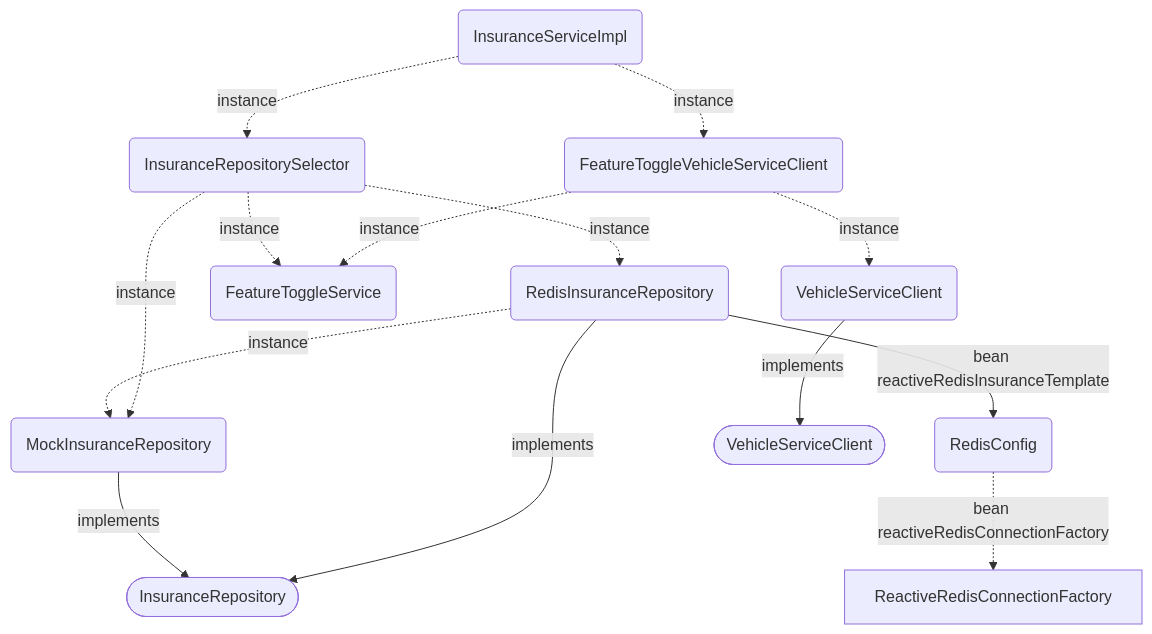
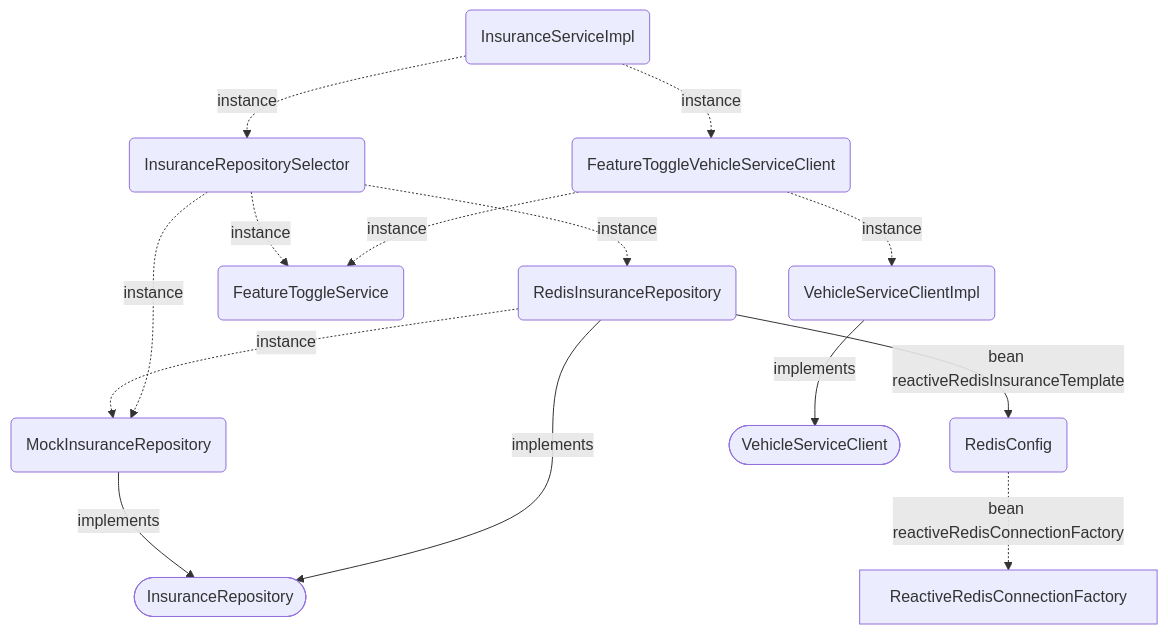
One commit to OleksandrKucherenko/if.sample changed the second of 2 diagrams in doc/adr/0010-feature-toggle-integration.md. Above: the diagram before and after it, drawn with Mermaid. The commit also changed other lines of this file and 21 other files, not shown here.

````diff
--- a/doc/adr/0010-feature-toggle-integration.md
+++ b/doc/adr/0010-feature-toggle-integration.md
@@ -48,16 +48,16 @@
   ```mermaid
   graph TB
     IR([InsuranceRepository])
     MIR(MockInsuranceRepository) -->|implements| IR
     RIR(RedisInsuranceRepository) -->|implements| IR
     RIR -->|bean reactiveRedisInsuranceTemplate| RC(RedisConfig)
     RIR -.->|instance| MIR
     RC -.->|bean reactiveRedisConnectionFactory| ReactiveRedisConnectionFactory
     IRS(InsuranceRepositorySelector) -.->|instance| FTS(FeatureToggleService)
     IRS -.->|instance| MIR
     IRS -.->|instance| RIR
     ISI(InsuranceServiceImpl) -.->|instance| IRS
     ISI -.->|instance| FTVSC(FeatureToggleVehicleServiceClient)
-    FTVSC -.->|instance| VSC(VehicleServiceClient) -->|implements| VSC1([VehicleServiceClient])
+    FTVSC -.->|instance| VSC(VehicleServiceClientImpl) -->|implements| VSC1([VehicleServiceClient])
     FTVSC -.->|instance| FTS
   ```
````
